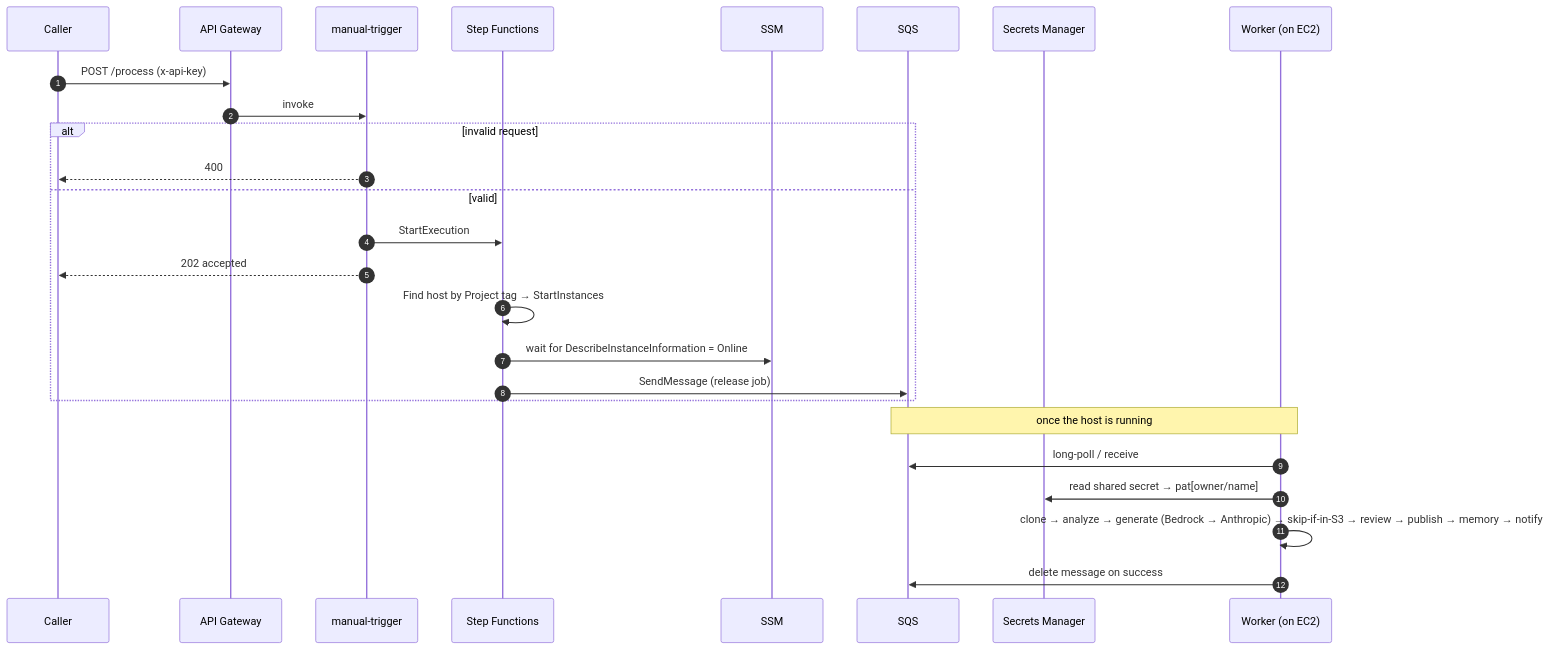
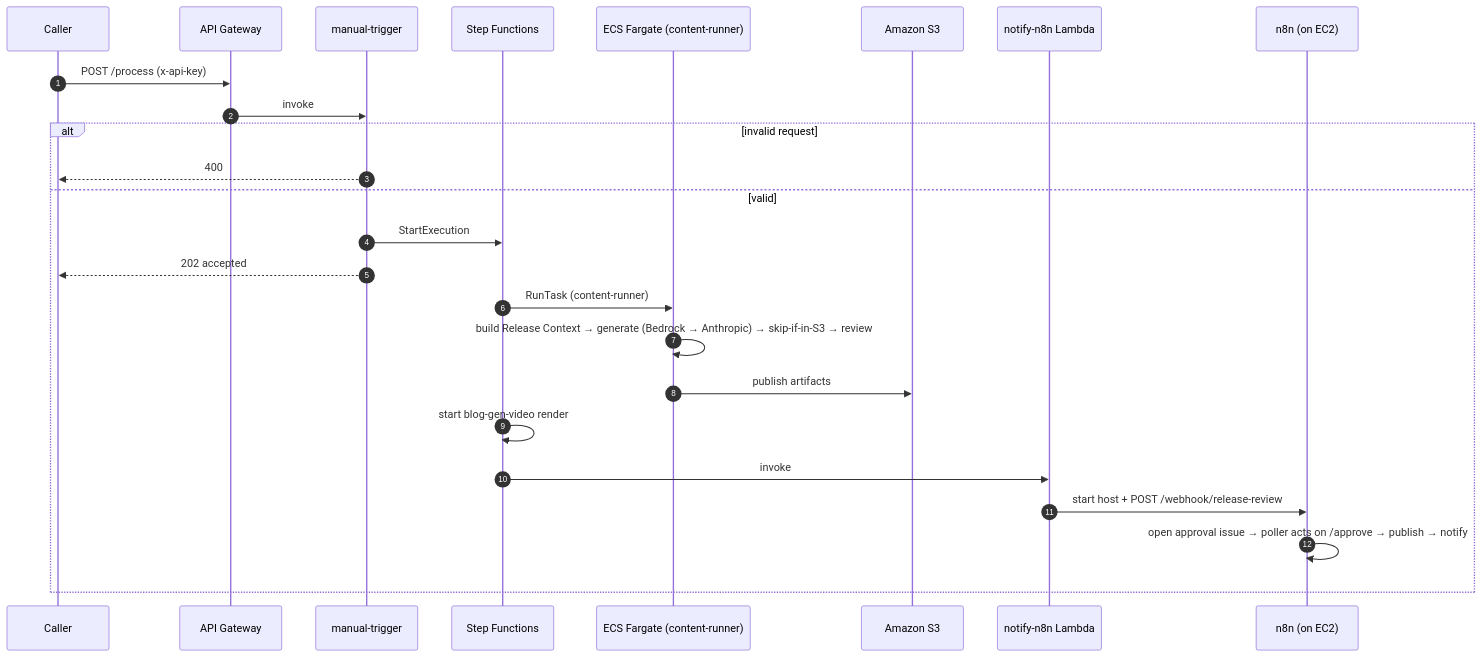
The second of 10 diagrams in docs/workflows.md (teddynted/ai-github-repository-blog-generator), drawn with Mermaid before and after one commit. The commit also changed other lines of this file and 2 other files, not shown here.

First line of the commit message:
docs: reflect serverless (Fargate) generation + n8n-owned approval stack (#190)

````diff
--- a/docs/workflows.md
+++ b/docs/workflows.md
@@ -37,30 +38,28 @@
 ```mermaid
 sequenceDiagram
     autonumber
     participant C as Caller
     participant API as API Gateway
     participant LT as manual-trigger
     participant SFN as Step Functions
-    participant SSM as SSM
-    participant SQS as SQS
-    participant SEC as Secrets Manager
-    participant W as Worker (on EC2)
+    participant FG as ECS Fargate (content-runner)
+    participant S3 as Amazon S3
+    participant NL as notify-n8n Lambda
+    participant N8N as n8n (on EC2)
 
     C->>API: POST /process (x-api-key)
     API->>LT: invoke
     alt invalid request
         LT-->>C: 400
     else valid
         LT->>SFN: StartExecution
         LT-->>C: 202 accepted
-        SFN->>SFN: Find host by Project tag → StartInstances
-        SFN->>SSM: wait for DescribeInstanceInformation = Online
-        SFN->>SQS: SendMessage (release job)
+        SFN->>FG: RunTask (content-runner)
+        FG->>FG: build Release Context → generate (Bedrock → Anthropic) → skip-if-in-S3 → review
+        FG->>S3: publish artifacts
+        SFN->>SFN: start blog-gen-video render
+        SFN->>NL: invoke
+        NL->>N8N: start host + POST /webhook/release-review
+        N8N->>N8N: open approval issue → poller acts on /approve → publish → notify
     end
-
-    Note over SQS,W: once the host is running
-    W->>SQS: long-poll / receive
-    W->>SEC: read shared secret → pat[owner/name]
-    W->>W: clone → analyze → generate (Bedrock → Anthropic) → skip-if-in-S3 → review → publish → memory → notify
-    W->>SQS: delete message on success
 ```
````
